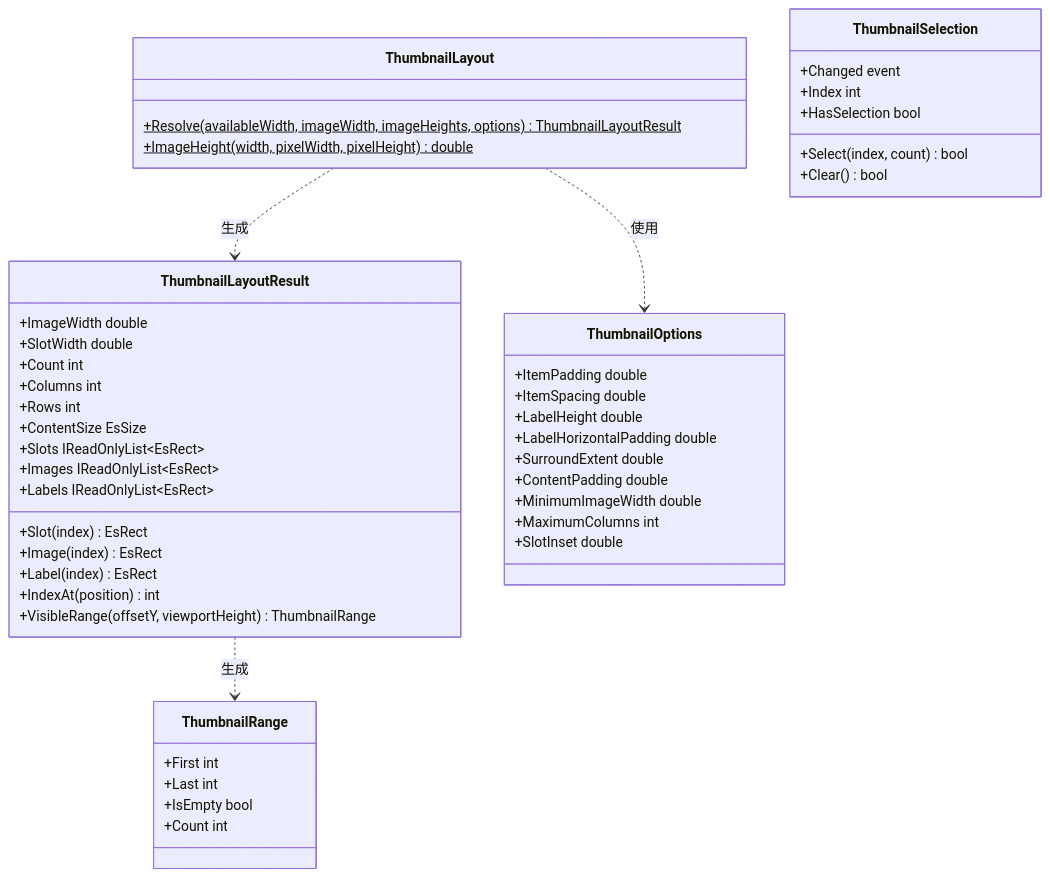
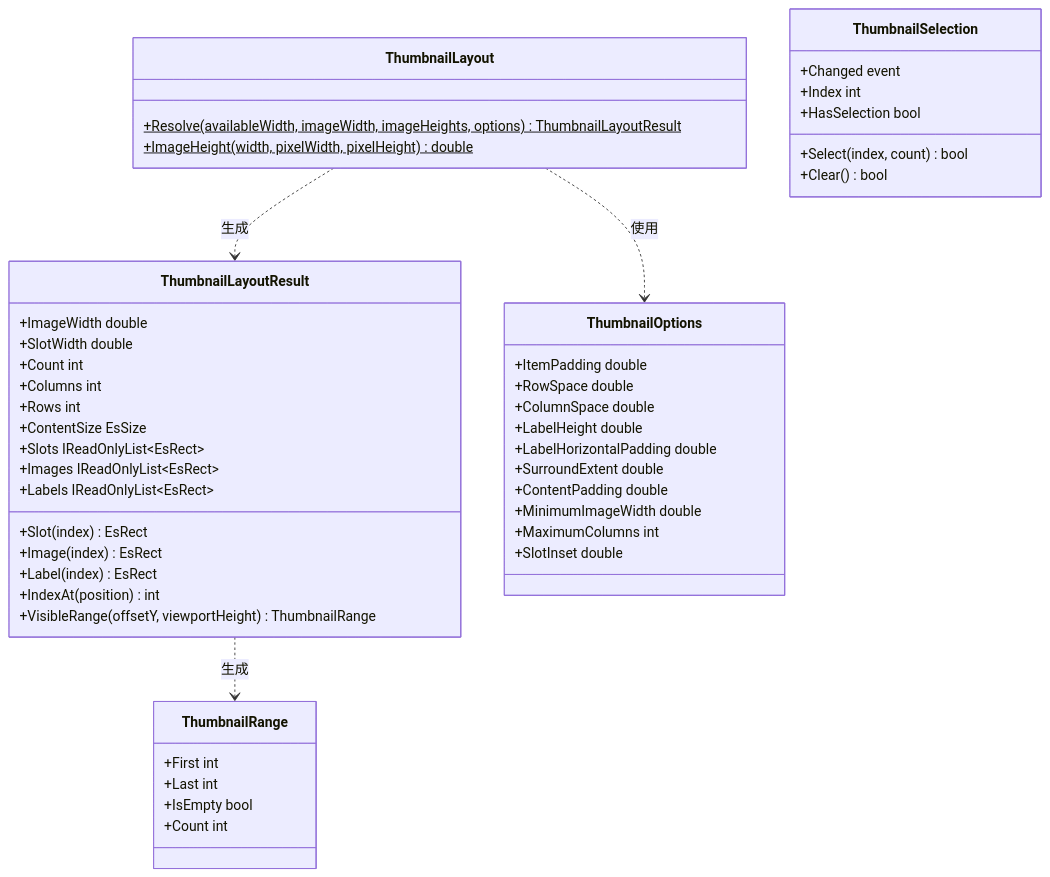
One commit to tomokuni/EsUtil changed the second of 3 diagrams in EsUtil/Feature.Thumbnail.Core/docs/SPEC_System.md. Above: the diagram before and after it, drawn with Mermaid. The commit also changed other lines of this file and 33 other files, not shown here.

````diff
--- a/EsUtil/Feature.Thumbnail.Core/docs/SPEC_System.md
+++ b/EsUtil/Feature.Thumbnail.Core/docs/SPEC_System.md
@@ -102,51 +102,52 @@
 ```mermaid
 classDiagram
     class ThumbnailLayout {
         +Resolve(availableWidth, imageWidth, imageHeights, options)$ ThumbnailLayoutResult
         +ImageHeight(width, pixelWidth, pixelHeight)$ double
     }
     class ThumbnailLayoutResult {
         +ImageWidth double
         +SlotWidth double
         +Count int
         +Columns int
         +Rows int
         +ContentSize EsSize
         +Slots IReadOnlyList~EsRect~
         +Images IReadOnlyList~EsRect~
         +Labels IReadOnlyList~EsRect~
         +Slot(index) EsRect
         +Image(index) EsRect
         +Label(index) EsRect
         +IndexAt(position) int
         +VisibleRange(offsetY, viewportHeight) ThumbnailRange
     }
     class ThumbnailOptions {
         +ItemPadding double
-        +ItemSpacing double
+        +RowSpace double
+        +ColumnSpace double
         +LabelHeight double
         +LabelHorizontalPadding double
         +SurroundExtent double
         +ContentPadding double
         +MinimumImageWidth double
         +MaximumColumns int
         +SlotInset double
     }
     class ThumbnailSelection {
         +Changed event
         +Index int
         +HasSelection bool
         +Select(index, count) bool
         +Clear() bool
     }
     class ThumbnailRange {
         +First int
         +Last int
         +IsEmpty bool
         +Count int
     }
 
     ThumbnailLayout ..> ThumbnailLayoutResult : 生成
     ThumbnailLayout ..> ThumbnailOptions : 使用
     ThumbnailLayoutResult ..> ThumbnailRange : 生成
 ```
````
